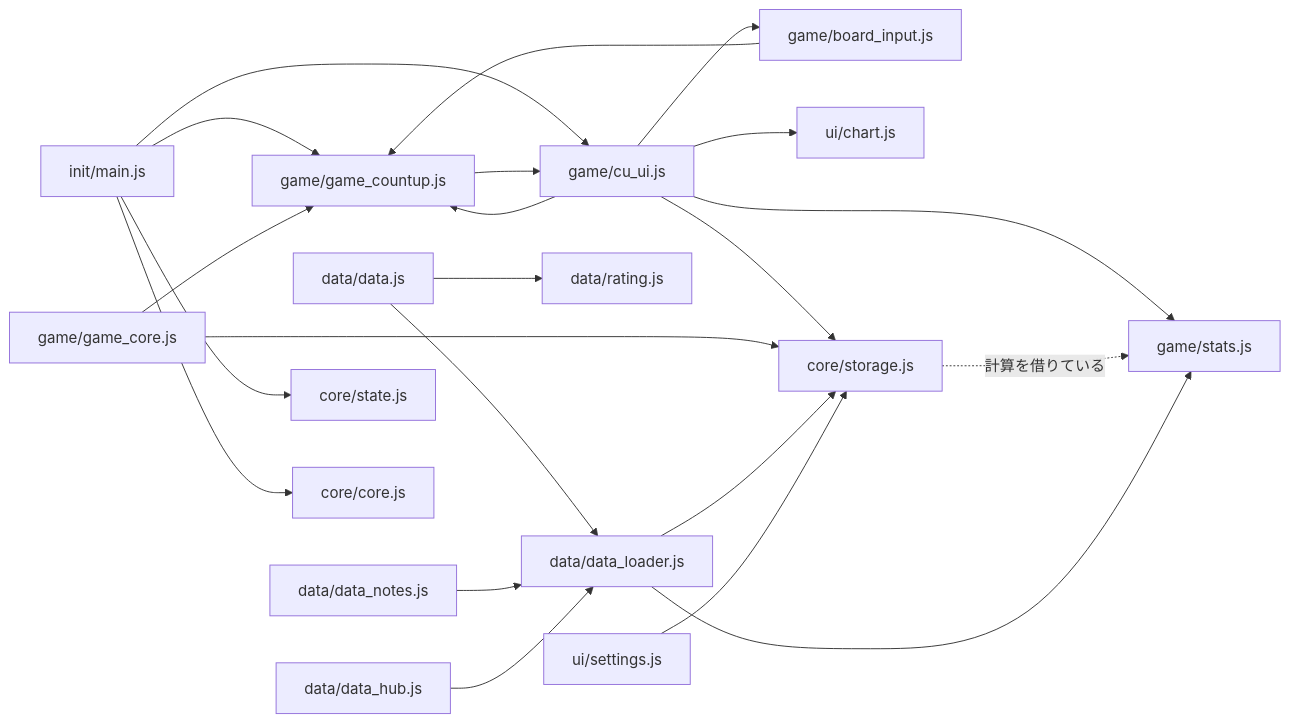
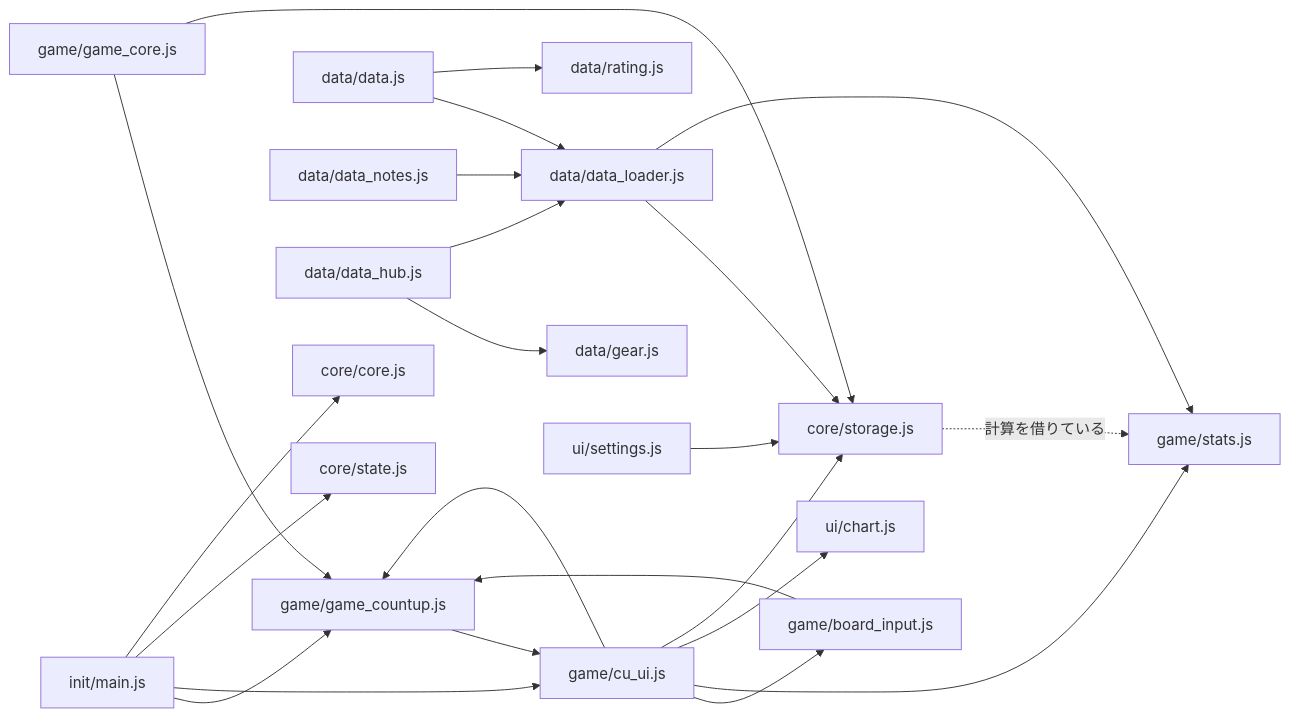
The diagram in docs/design.md (izayoisinya/darts-practice), drawn with Mermaid before and after one commit. The commit also changed other lines of this file and 10 other files, not shown here.

````diff
--- a/docs/design.md
+++ b/docs/design.md
@@ -870,24 +900,25 @@
 ```mermaid
 graph LR
   main[init/main.js] --> gc[game/game_countup.js]
   main --> cui[game/cu_ui.js]
   cui --> board[game/board_input.js]
   board --> gc
   cui --> gc
   gc --> cui
   gcore[game/game_core.js] --> gc
   cui --> stats[game/stats.js]
   cui --> chart[ui/chart.js]
   cui --> storage[core/storage.js]
   gcore --> storage
   storage -. 計算を借りている .-> stats
   dl[data/data_loader.js] --> storage
   dl --> stats
   data[data/data.js] --> dl
   data --> rating[data/rating.js]
   notes[data/data_notes.js] --> dl
+  hub[data/data_hub.js] --> gear[data/gear.js]
   hub[data/data_hub.js] --> dl
   settings[ui/settings.js] --> storage
   main --> state[core/state.js]
   main --> core[core/core.js]
 ```
````
